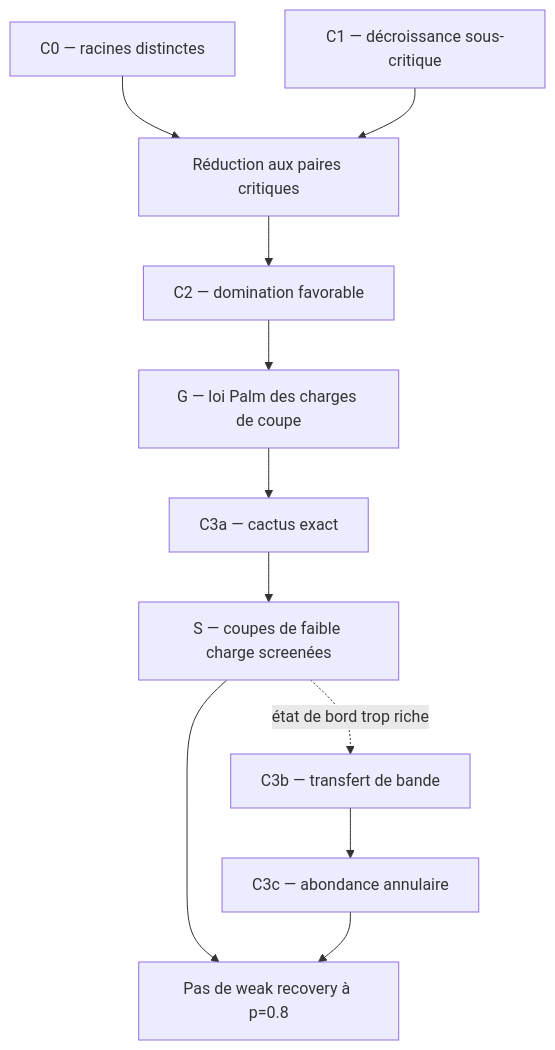
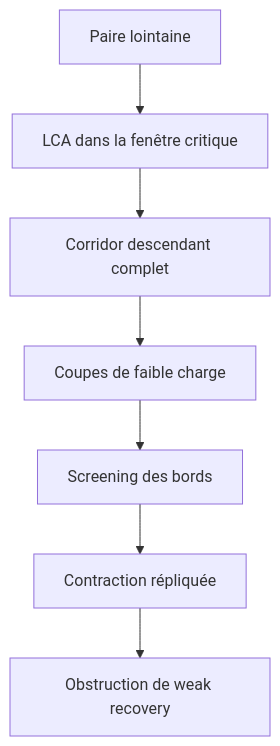
The diagram in research/hierarchical-swendsen-wang/README.md (Ludwig-H/Presentation-MathNet-2026-06-15), drawn with Mermaid before and after one commit. The commit also changed other lines of this file and 20 other files, not shown here.

````diff
--- a/research/hierarchical-swendsen-wang/README.md
+++ b/research/hierarchical-swendsen-wang/README.md
@@ -208,13 +103,9 @@
 ```mermaid
 flowchart TD
-    C0["C0 — racines distinctes"] --> R["Réduction aux paires critiques"]
-    C1["C1 — décroissance sous-critique"] --> R
-    R --> C2["C2 — domination favorable"]
-    C2 --> G["G — loi Palm des charges de coupe"]
-    G --> C3a["C3a — cactus exact"]
-    C3a --> S["S — coupes de faible charge screenées"]
-    S --> W["Pas de weak recovery à p=0.8"]
-    S -. "état de bord trop riche" .-> C3b["C3b — transfert de bande"]
-    C3b --> C3c["C3c — abondance annulaire"]
-    C3c --> W["Pas de weak recovery à p=0.8"]
+    P["Paire lointaine"] --> U["LCA dans la fenêtre critique"]
+    U --> C["Corridor descendant complet"]
+    C --> G["Coupes de faible charge"]
+    G --> S["Screening des bords"]
+    S --> X["Contraction répliquée"]
+    X --> W["Obstruction de weak recovery"]
 ```
````
